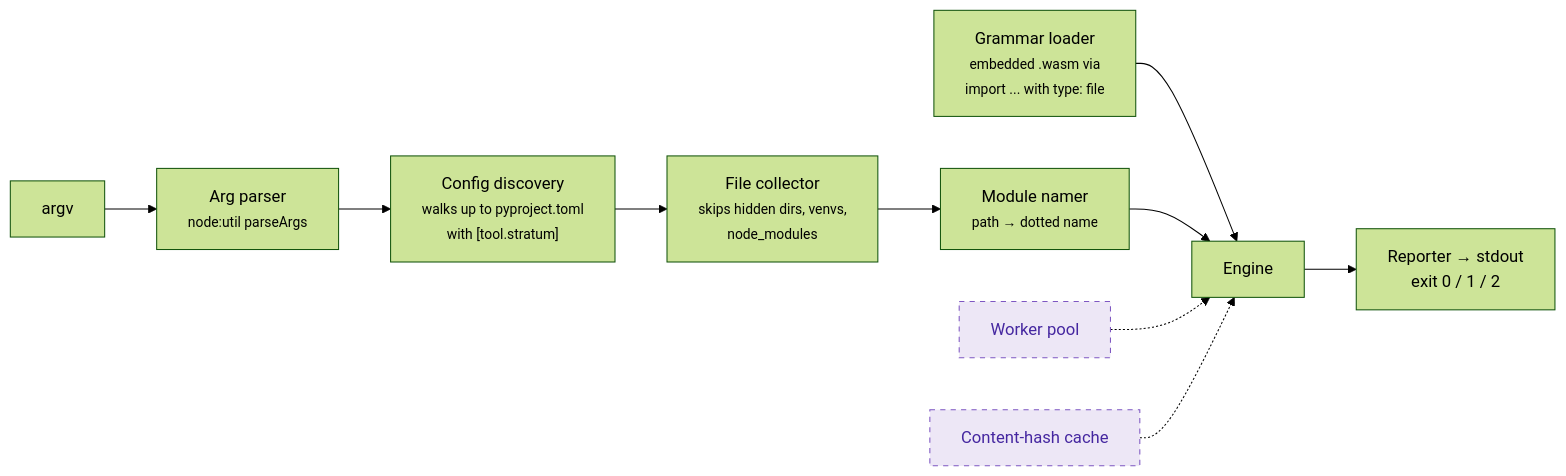
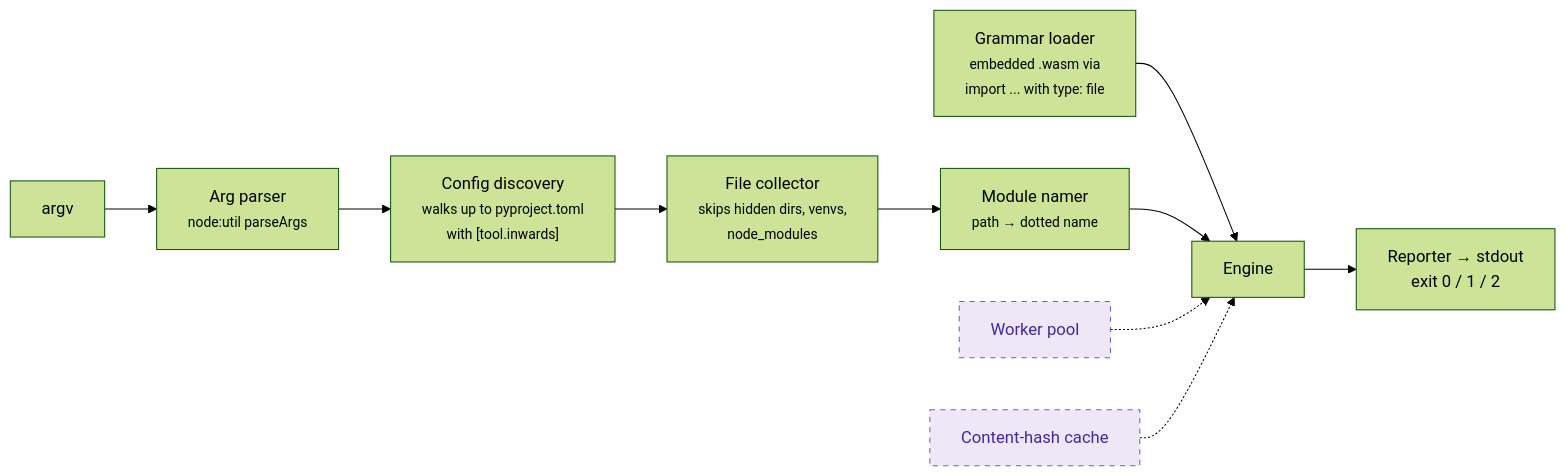
Before and after one commit to SirCypkowskyy/inwards: the fifth of 6 diagrams in docs/chapters/03-Architecture-C4.md, drawn with Mermaid (forest theme). The commit also changed other lines of this file and 46 other files, not shown here.

First line of the commit message:
Rename Stratum to Inwards; publish docs on GitHub Pages

````diff
--- a/docs/chapters/03-Architecture-C4.md
+++ b/docs/chapters/03-Architecture-C4.md
@@ -200,14 +200,14 @@
 ```mermaid
 flowchart LR
     argv["argv"] --> args["Arg parser<br/><small>node:util parseArgs</small>"]
-    args --> find["Config discovery<br/><small>walks up to pyproject.toml<br/>with [tool.stratum]</small>"]
+    args --> find["Config discovery<br/><small>walks up to pyproject.toml<br/>with [tool.inwards]</small>"]
     find --> walk["File collector<br/><small>skips hidden dirs, venvs,<br/>node_modules</small>"]
     walk --> mod["Module namer<br/><small>path → dotted name</small>"]
     gram["Grammar loader<br/><small>embedded .wasm via<br/>import ... with type: file</small>"] --> eng
     mod --> eng["Engine"]
     eng --> out["Reporter → stdout<br/>exit 0 / 1 / 2"]
     pool["Worker pool"]:::planned -.-> eng
     cache["Content-hash cache"]:::planned -.-> eng
 
     classDef planned fill:#ede7f6,color:#4527a0,stroke:#7e57c2,stroke-dasharray:5 5
 ```
````
